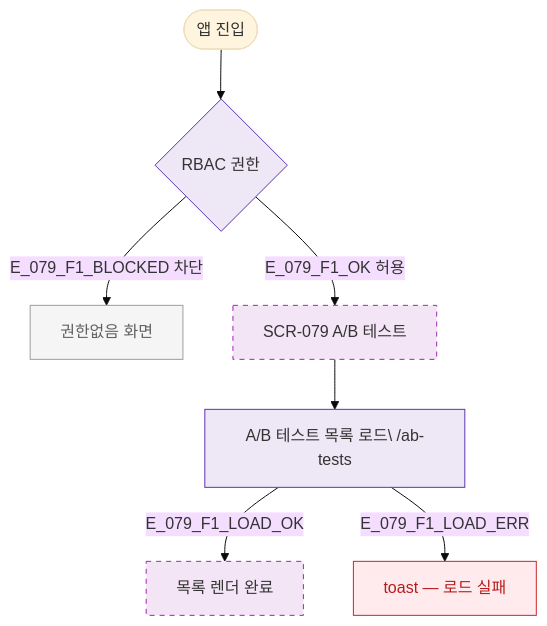
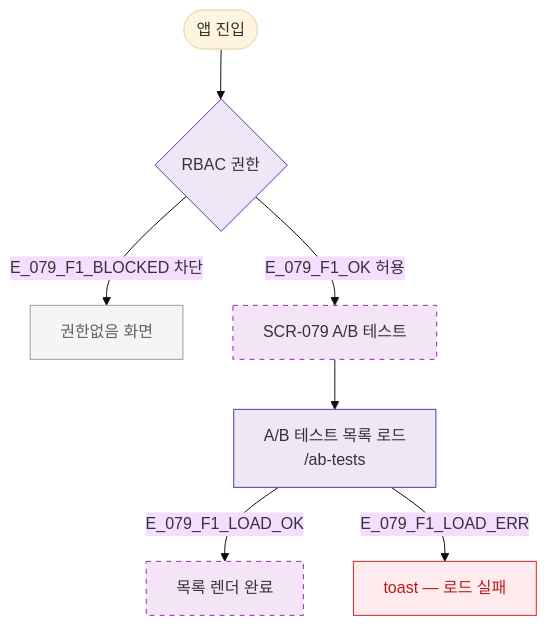
Before and after one commit to dev-spogym/admin-pando: the diagram in docs/admin/다이어그램/D08_마케팅/SCR-079_AB테스트/F1_진입플로우.md, drawn with Mermaid (base theme). The commit also changed 369 other files, not shown here.

````diff
--- a/docs/admin/다이어그램/D08_마케팅/SCR-079_AB테스트/F1_진입플로우.md
+++ b/docs/admin/다이어그램/D08_마케팅/SCR-079_AB테스트/F1_진입플로우.md
@@ -12,20 +12,20 @@
 ```mermaid
 flowchart TD
   START([앱 진입]) --> AUTH{RBAC 권한}
   AUTH -->|E_079_F1_BLOCKED 차단|BLOCKED[권한없음 화면]
   AUTH -->|E_079_F1_OK 허용|SCR_079[SCR-079 A/B 테스트]
 
-  SCR_079 --> LOAD[A/B 테스트 목록 로드\ /ab-tests]
+  SCR_079 --> LOAD[A/B 테스트 목록 로드<br/> /ab-tests]
   LOAD -->|E_079_F1_LOAD_OK|READY[목록 렌더 완료]
   LOAD -->|E_079_F1_LOAD_ERR|ERR[toast — 로드 실패]
 
   classDef newFeature fill:#F3E5F5,stroke:#9C27B0,stroke-dasharray:5 5
   classDef error fill:#FFEBEE,stroke:#C62828,color:#B71C1C
   classDef rbacBlocked fill:#F5F5F5,stroke:#9E9E9E,color:#616161
   classDef system fill:#EDE7F6,stroke:#5E35B2
 
   class SCR_079,READY newFeature
   class BLOCKED rbacBlocked
   class ERR error
   class AUTH,LOAD system
 ```
````
